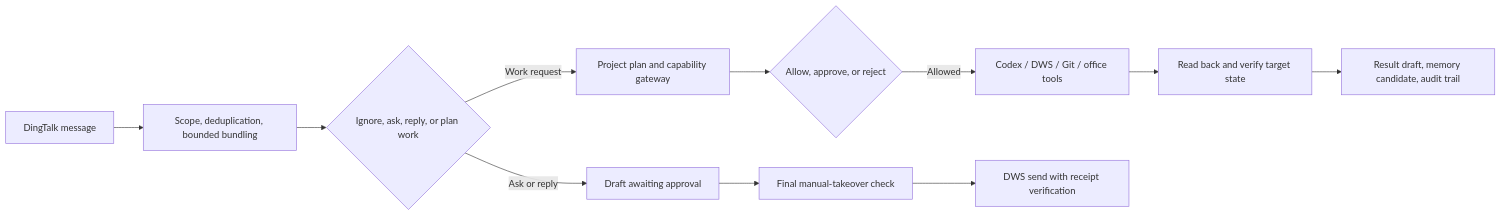
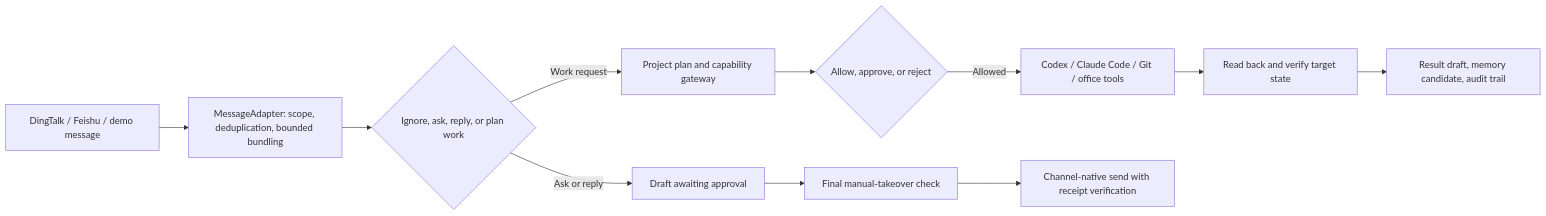
The first of 2 diagrams in README.md (ruiwang20010702/ai-employee), drawn with Mermaid before and after one commit. The commit also changed other lines of this file and 96 other files, not shown here.

````diff
--- a/README.md
+++ b/README.md
@@ -34,13 +46,13 @@
 ```mermaid
 flowchart LR
-    A["DingTalk message"] --> B["Scope, deduplication, bounded bundling"]
+    A["DingTalk / Feishu / demo message"] --> B["MessageAdapter: scope, deduplication, bounded bundling"]
     B --> C{"Ignore, ask, reply, or plan work"}
     C -->|"Ask or reply"| D["Draft awaiting approval"]
     C -->|"Work request"| E["Project plan and capability gateway"]
     E --> F{"Allow, approve, or reject"}
-    F -->|"Allowed"| G["Codex / DWS / Git / office tools"]
+    F -->|"Allowed"| G["Codex / Claude Code / Git / office tools"]
     G --> H["Read back and verify target state"]
     H --> I["Result draft, memory candidate, audit trail"]
     D --> J["Final manual-takeover check"]
-    J --> K["DWS send with receipt verification"]
+    J --> K["Channel-native send with receipt verification"]
 ```
````
